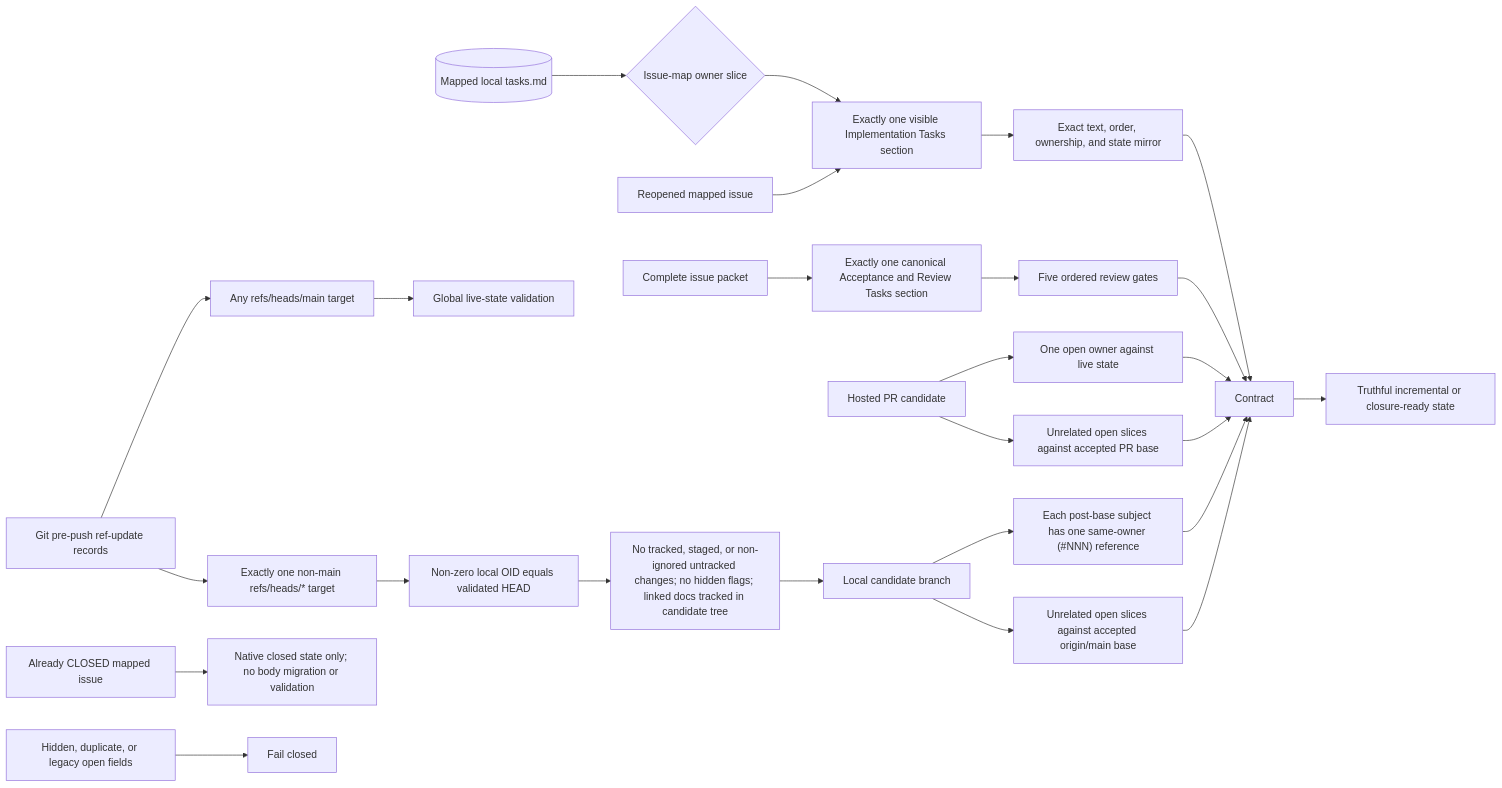
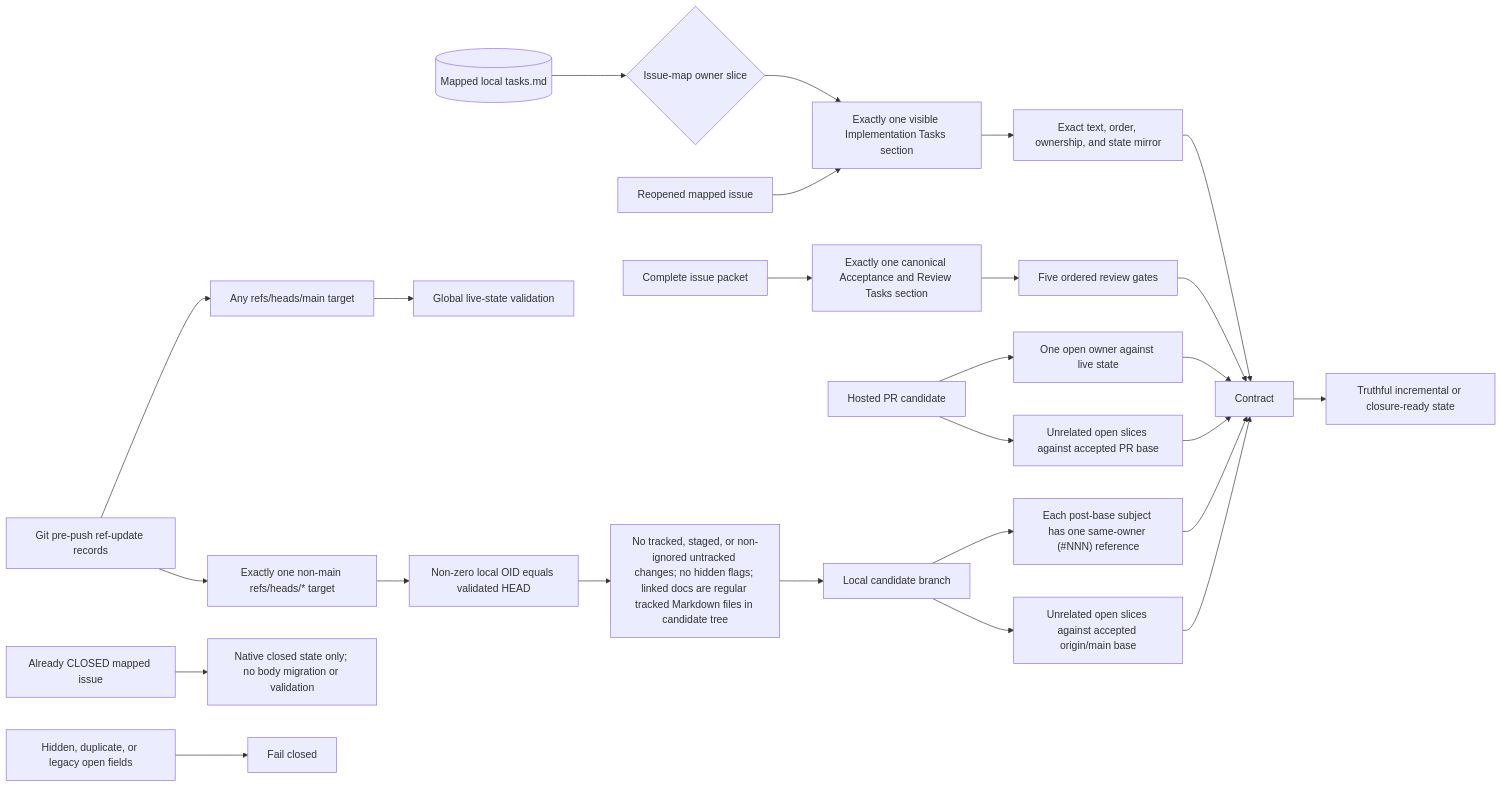
Before and after one commit to styler-ai/ProjectAtlas: the first of 28 diagrams in docs/v050-release-architecture.md, drawn with Mermaid. The commit also changed 6 other files, not shown here.

Commit message:
fix(issueops): reject non-regular candidate docs (#549)

````diff
--- a/docs/v050-release-architecture.md
+++ b/docs/v050-release-architecture.md
@@ -7,28 +7,28 @@
 ```mermaid
 flowchart LR
     LocalTasks[(Mapped local tasks.md)] --> OwnerSlice{Issue-map owner slice}
     OwnerSlice --> Implementation[Exactly one visible Implementation Tasks section]
     IssuePacket[Complete issue packet] --> Acceptance[Exactly one canonical Acceptance and Review Tasks section]
     Implementation --> Sync[Exact text, order, ownership, and state mirror]
     Acceptance --> Gates[Five ordered review gates]
     Sync --> Contract
     Gates --> Contract
     PR[Hosted PR candidate] --> Owner[One open owner against live state]
     PR --> Base[Unrelated open slices against accepted PR base]
     Push[Git pre-push ref-update records] --> MainTarget["Any refs/heads/main target"]
     Push --> CandidateTarget["Exactly one non-main refs/heads/* target"]
     MainTarget --> Global[Global live-state validation]
     CandidateTarget --> CandidateObject["Non-zero local OID equals validated HEAD"]
-    CandidateObject --> CandidateClean["No tracked, staged, or non-ignored untracked changes; no hidden flags; linked docs tracked in candidate tree"]
+    CandidateObject --> CandidateClean["No tracked, staged, or non-ignored untracked changes; no hidden flags; linked docs are regular tracked Markdown files in candidate tree"]
     CandidateClean --> Candidate[Local candidate branch]
     Candidate --> CandidateOwner["Each post-base subject has one same-owner (#NNN) reference"]
     Candidate --> CandidateBase["Unrelated open slices against accepted origin/main base"]
     Owner --> Contract
     Base --> Contract
     CandidateOwner --> Contract
     CandidateBase --> Contract
     Closed[Already CLOSED mapped issue] --> Inert[Native closed state only; no body migration or validation]
     Reopened[Reopened mapped issue] --> Implementation
     Hidden[Hidden, duplicate, or legacy open fields] --> Reject[Fail closed]
     Contract --> Ready[Truthful incremental or closure-ready state]
 ```
````
